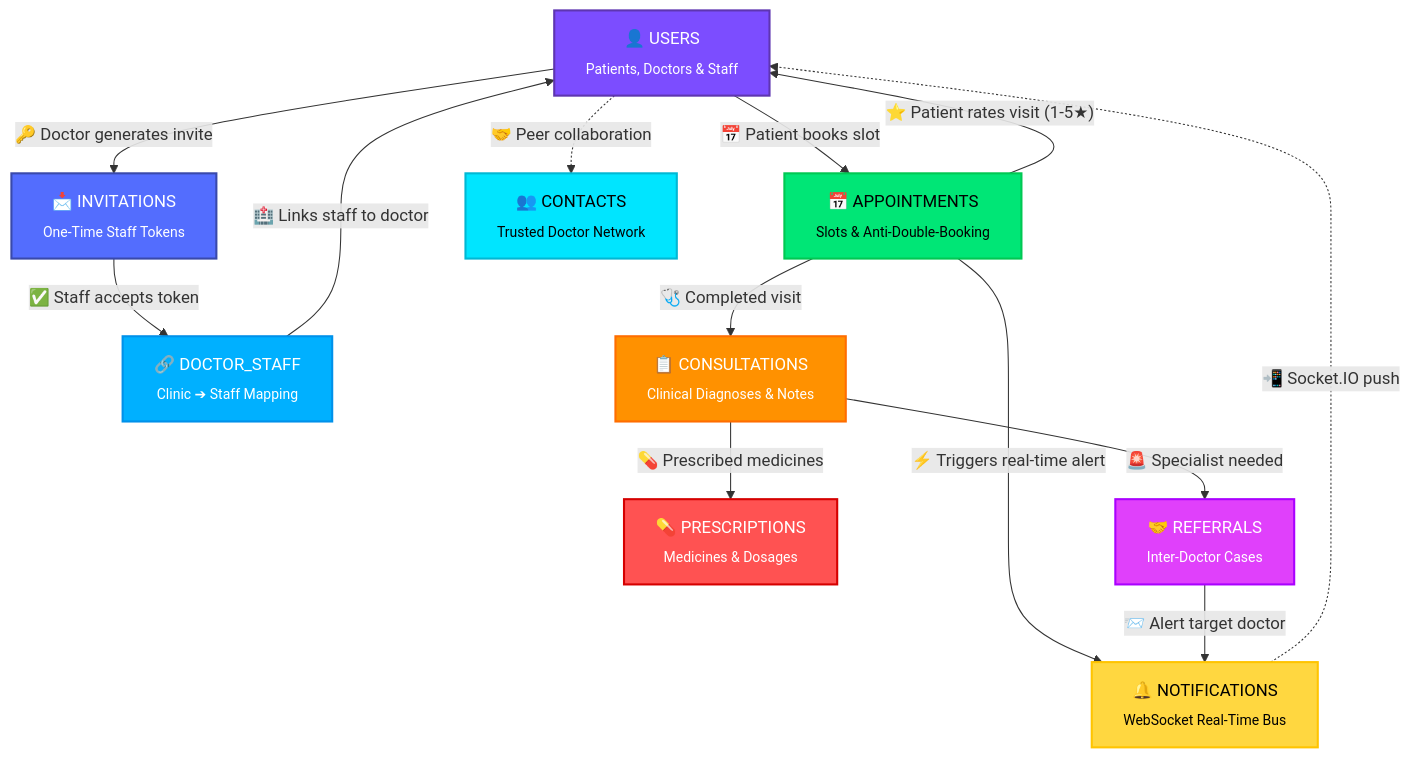
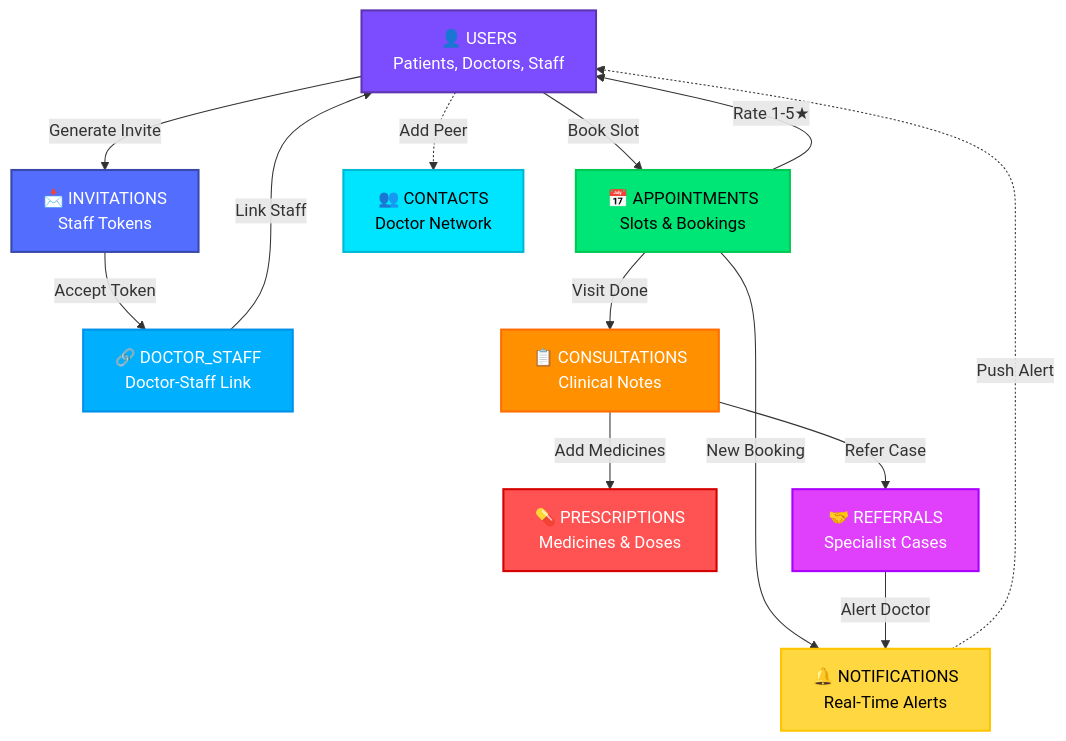
One commit to manikant1446/MedZoo changed the fifth of 6 diagrams in README.md. Above: the diagram before and after it, drawn with Mermaid. The commit also changed other lines of this file, not shown here.

````diff
--- a/README.md
+++ b/README.md
@@ -468,40 +468,40 @@
 ```mermaid
 flowchart TD
-    U["👤 USERS<br/><sub>Patients, Doctors & Staff</sub>"]
-    INV["📩 INVITATIONS<br/><sub>One-Time Staff Tokens</sub>"]
-    DS["🔗 DOCTOR_STAFF<br/><sub>Clinic ➔ Staff Mapping</sub>"]
-    A["📅 APPOINTMENTS<br/><sub>Slots & Anti-Double-Booking</sub>"]
-    N["🔔 NOTIFICATIONS<br/><sub>WebSocket Real-Time Bus</sub>"]
-    C["📋 CONSULTATIONS<br/><sub>Clinical Diagnoses & Notes</sub>"]
-    RX["💊 PRESCRIPTIONS<br/><sub>Medicines & Dosages</sub>"]
-    R["🤝 REFERRALS<br/><sub>Inter-Doctor Cases</sub>"]
-    CNT["👥 CONTACTS<br/><sub>Trusted Doctor Network</sub>"]
+    U["👤 USERS<br/>Patients, Doctors, Staff"]
+    INV["📩 INVITATIONS<br/>Staff Tokens"]
+    DS["🔗 DOCTOR_STAFF<br/>Doctor-Staff Link"]
+    A["📅 APPOINTMENTS<br/>Slots & Bookings"]
+    N["🔔 NOTIFICATIONS<br/>Real-Time Alerts"]
+    C["📋 CONSULTATIONS<br/>Clinical Notes"]
+    RX["💊 PRESCRIPTIONS<br/>Medicines & Doses"]
+    R["🤝 REFERRALS<br/>Specialist Cases"]
+    CNT["👥 CONTACTS<br/>Doctor Network"]
 
-    U -->|"🔑 Doctor generates invite"| INV
-    INV -->|"✅ Staff accepts token"| DS
-    DS -->|"🏥 Links staff to doctor"| U
+    U -->|"Generate Invite"| INV
+    INV -->|"Accept Token"| DS
+    DS -->|"Link Staff"| U
 
-    U -->|"📅 Patient books slot"| A
-    A -->|"⚡ Triggers real-time alert"| N
-    N -.->|"📲 Socket.IO push"| U
+    U -->|"Book Slot"| A
+    A -->|"New Booking"| N
+    N -.->|"Push Alert"| U
 
-    A -->|"🩺 Completed visit"| C
-    C -->|"💊 Prescribed medicines"| RX
+    A -->|"Visit Done"| C
+    C -->|"Add Medicines"| RX
 
-    A -->|"⭐ Patient rates visit (1-5★)"| U
+    A -->|"Rate 1-5★"| U
 
-    C -->|"🚨 Specialist needed"| R
-    R -->|"📨 Alert target doctor"| N
+    C -->|"Refer Case"| R
+    R -->|"Alert Doctor"| N
 
-    U -.->|"🤝 Peer collaboration"| CNT
+    U -.->|"Add Peer"| CNT
 
     style U fill:#7C4DFF,color:#fff,stroke:#5E35B1,stroke-width:2px
     style INV fill:#536DFE,color:#fff,stroke:#3949AB,stroke-width:2px
     style DS fill:#00B0FF,color:#fff,stroke:#0091EA,stroke-width:2px
     style A fill:#00E676,color:#000,stroke:#00C853,stroke-width:2px
     style N fill:#FFD740,color:#000,stroke:#FFC400,stroke-width:2px
     style C fill:#FF9100,color:#fff,stroke:#FF6D00,stroke-width:2px
     style RX fill:#FF5252,color:#fff,stroke:#D50000,stroke-width:2px
     style R fill:#E040FB,color:#fff,stroke:#AA00FF,stroke-width:2px
     style CNT fill:#00E5FF,color:#000,stroke:#00B8D4,stroke-width:2px
 ```
````
